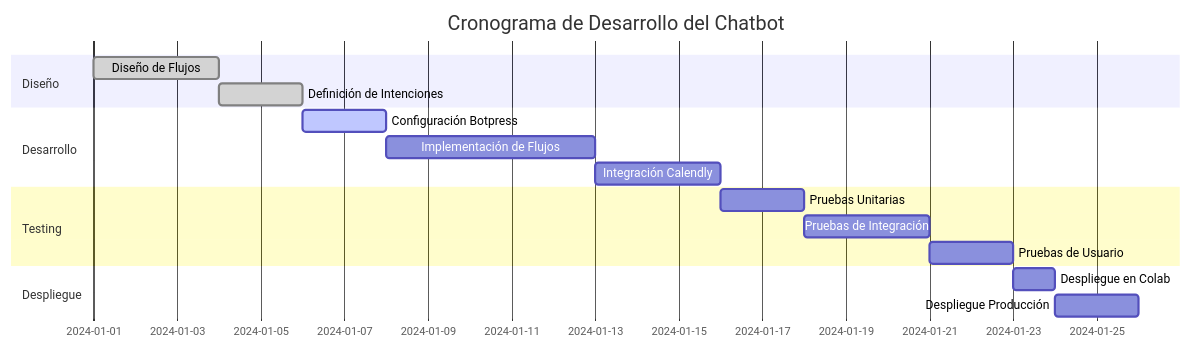
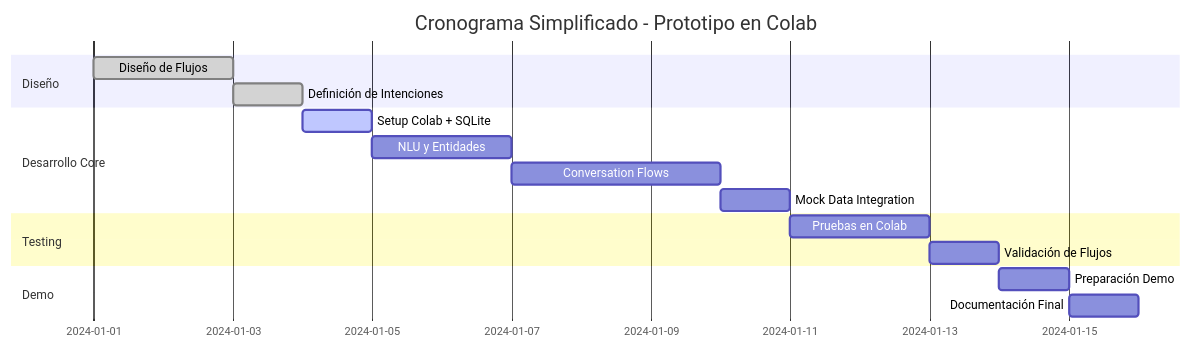
One commit to horacefonseca/ped_ass_chatbot changed the sixth of 6 diagrams in chatbot_design_document.md. Above: the diagram before and after it, drawn with Mermaid. The commit also changed other lines of this file and 14 other files, not shown here.

````diff
--- a/chatbot_design_document.md
+++ b/chatbot_design_document.md
@@ -316,22 +316,22 @@
 ```mermaid
 gantt
-    title Cronograma de Desarrollo del Chatbot
+    title Cronograma Simplificado - Prototipo en Colab
     dateFormat  YYYY-MM-DD
     section Diseño
-    Diseño de Flujos         :done, design, 2024-01-01, 3d
-    Definición de Intenciones:done, intents, 2024-01-04, 2d
+    Diseño de Flujos         :done, design, 2024-01-01, 2d
+    Definición de Intenciones:done, intents, 2024-01-03, 1d
     
-    section Desarrollo
-    Configuración Botpress   :active, setup, 2024-01-06, 2d
-    Implementación de Flujos :implement, 2024-01-08, 5d
-    Integración Calendly     :integrate, 2024-01-13, 3d
+    section Desarrollo Core
+    Setup Colab + SQLite    :active, setup, 2024-01-04, 1d
+    NLU y Entidades         :nlu, 2024-01-05, 2d
+    Conversation Flows      :flows, 2024-01-07, 3d
+    Mock Data Integration   :mock, 2024-01-10, 1d
     
     section Testing
-    Pruebas Unitarias       :test1, 2024-01-16, 2d
-    Pruebas de Integración  :test2, 2024-01-18, 3d
-    Pruebas de Usuario      :test3, 2024-01-21, 2d
+    Pruebas en Colab        :test1, 2024-01-11, 2d
+    Validación de Flujos    :test2, 2024-01-13, 1d
     
-    section Despliegue
-    Despliegue en Colab     :deploy1, 2024-01-23, 1d
-    Despliegue Producción   :deploy2, 2024-01-24, 2d
+    section Demo
+    Preparación Demo        :demo, 2024-01-14, 1d
+    Documentación Final     :docs, 2024-01-15, 1d
 ```
````
